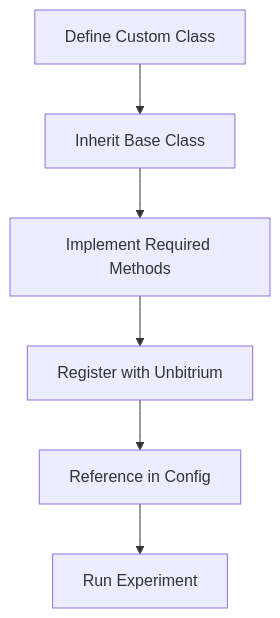
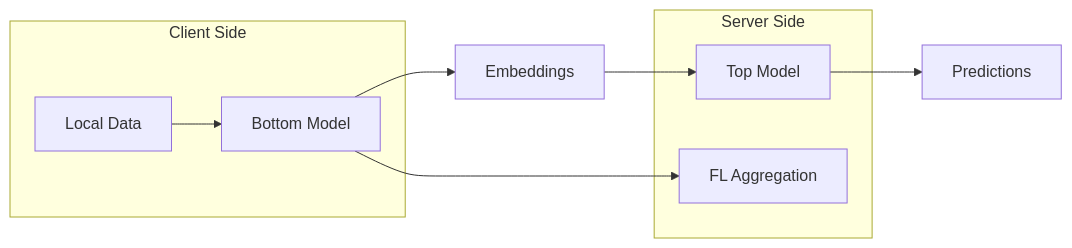
One commit to olaflaitinen/unbitrium changed the second of 2 diagrams in docs/tutorials/tutorial_080.md. Above: the diagram before and after it, drawn with Mermaid. The commit also changed other lines of this file and 298 other files, not shown here.

````diff
--- a/docs/tutorials/tutorial_080.md
+++ b/docs/tutorials/tutorial_080.md
@@ -175,8 +114,16 @@
 ```mermaid
-flowchart TD
-    A[Define Custom Class] --> B[Inherit Base Class]
-    B --> C[Implement Required Methods]
-    C --> D[Register with Unbitrium]
-    D --> E[Reference in Config]
-    E --> F[Run Experiment]
+graph LR
+    subgraph "Client Side"
+        DATA[Local Data]
+        BOTTOM[Bottom Model]
+    end
+
+    subgraph "Server Side"
+        TOP[Top Model]
+        AGG[FL Aggregation]
+    end
+
+    DATA --> BOTTOM --> EMBED[Embeddings]
+    EMBED --> TOP --> PRED[Predictions]
+    BOTTOM --> AGG
 ```
````
